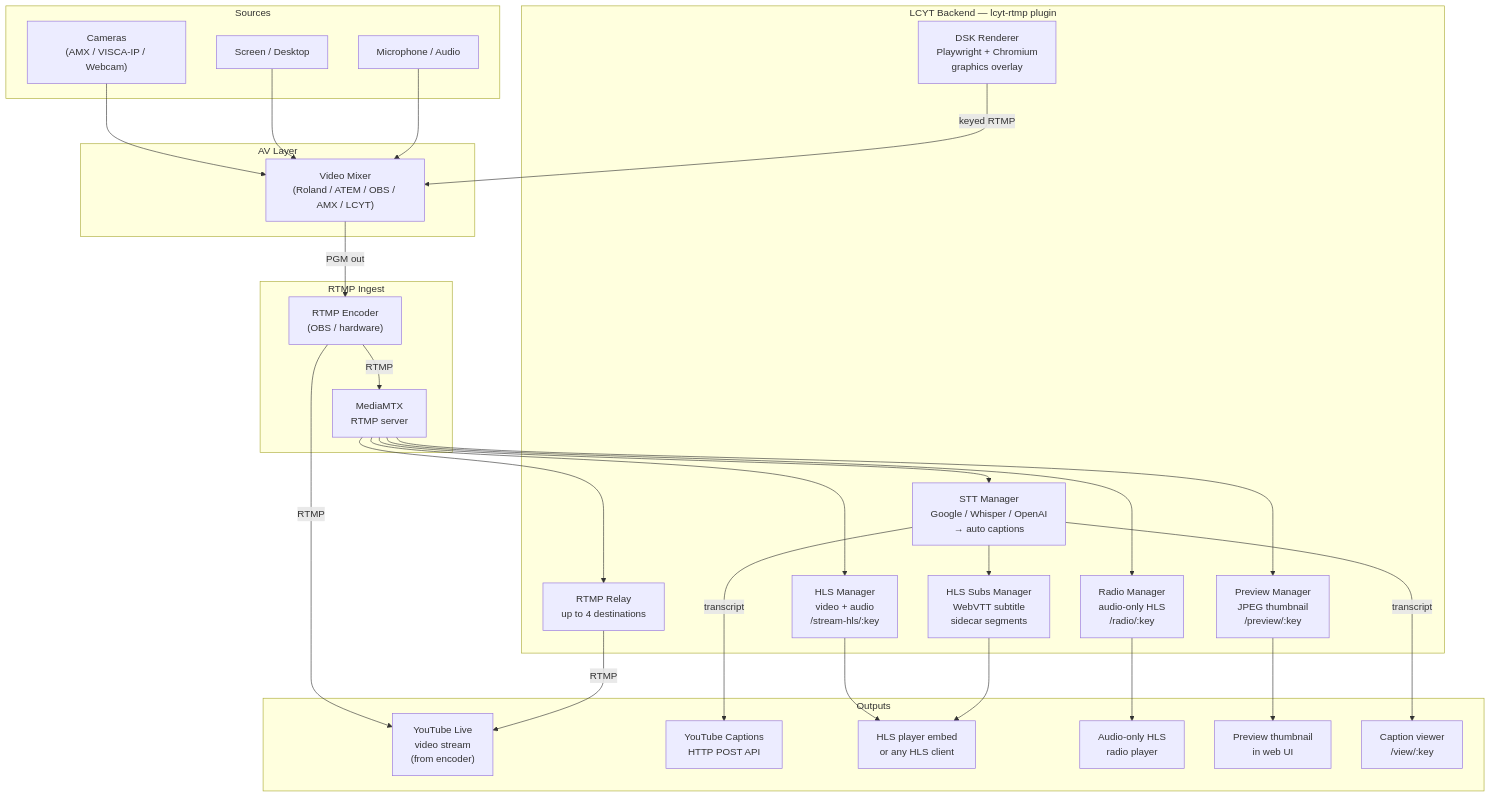
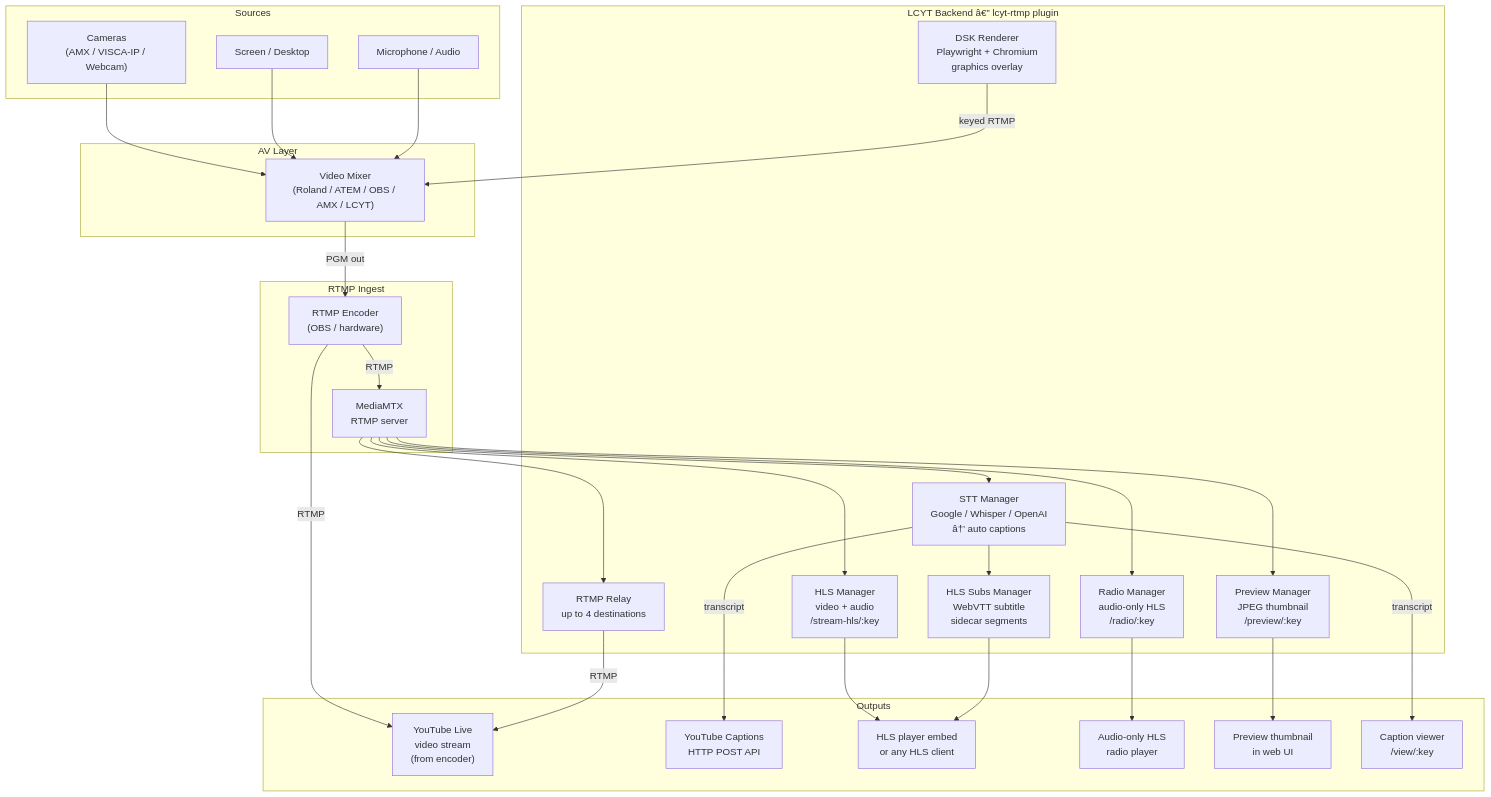
One commit to jsilvanus/live-captions-yt changed the third of 5 diagrams in docs/guide-web/flow.md. Above: the diagram before and after it, drawn with Mermaid. The commit also changed other lines of this file and 171 other files, not shown here.

````diff
--- a/docs/guide-web/flow.md
+++ b/docs/guide-web/flow.md
@@ -109,51 +109,51 @@
 ```mermaid
 flowchart TB
     subgraph Sources["Sources"]
         CAM["Cameras\n(AMX / VISCA-IP / Webcam)"]
         SCR["Screen / Desktop"]
         AUD["Microphone / Audio"]
     end
 
     subgraph AV["AV Layer"]
         MIX["Video Mixer\n(Roland / ATEM / OBS / AMX / LCYT)"]
     end
 
     subgraph Ingest["RTMP Ingest"]
         ENC["RTMP Encoder\n(OBS / hardware)"]
         MTX["MediaMTX\nRTMP server"]
     end
 
-    subgraph lcytBackend["LCYT Backend — lcyt-rtmp plugin"]
+    subgraph lcytBackend["LCYT Backend â€” lcyt-rtmp plugin"]
         HLS["HLS Manager\nvideo + audio\n/stream-hls/:key"]
         RADIO["Radio Manager\naudio-only HLS\n/radio/:key"]
         PREV["Preview Manager\nJPEG thumbnail\n/preview/:key"]
-        STT["STT Manager\nGoogle / Whisper / OpenAI\n→ auto captions"]
+        STT["STT Manager\nGoogle / Whisper / OpenAI\nâ†’ auto captions"]
         RELAY["RTMP Relay\nup to 4 destinations"]
         SUBS["HLS Subs Manager\nWebVTT subtitle\nsidecar segments"]
         DSK["DSK Renderer\nPlaywright + Chromium\ngraphics overlay"]
     end
 
     subgraph Outputs["Outputs"]
         YT_STREAM["YouTube Live\nvideo stream\n(from encoder)"]
         YT_CAP["YouTube Captions\nHTTP POST API"]
         HLS_OUT["HLS player embed\nor any HLS client"]
         RADIO_OUT["Audio-only HLS\nradio player"]
         PREV_OUT["Preview thumbnail\nin web UI"]
         VIEWER_OUT["Caption viewer\n/view/:key"]
     end
 
     CAM & SCR & AUD --> MIX
     MIX -->|PGM out| ENC
     ENC -->|RTMP| MTX
     ENC -->|RTMP| YT_STREAM
 
     MTX --> HLS & RADIO & PREV & STT & RELAY
     HLS --> HLS_OUT
     RADIO --> RADIO_OUT
     PREV --> PREV_OUT
     STT -->|transcript| YT_CAP & VIEWER_OUT
     STT --> SUBS --> HLS_OUT
 
     DSK -->|keyed RTMP| MIX
     RELAY -->|RTMP| YT_STREAM
 ```
````
